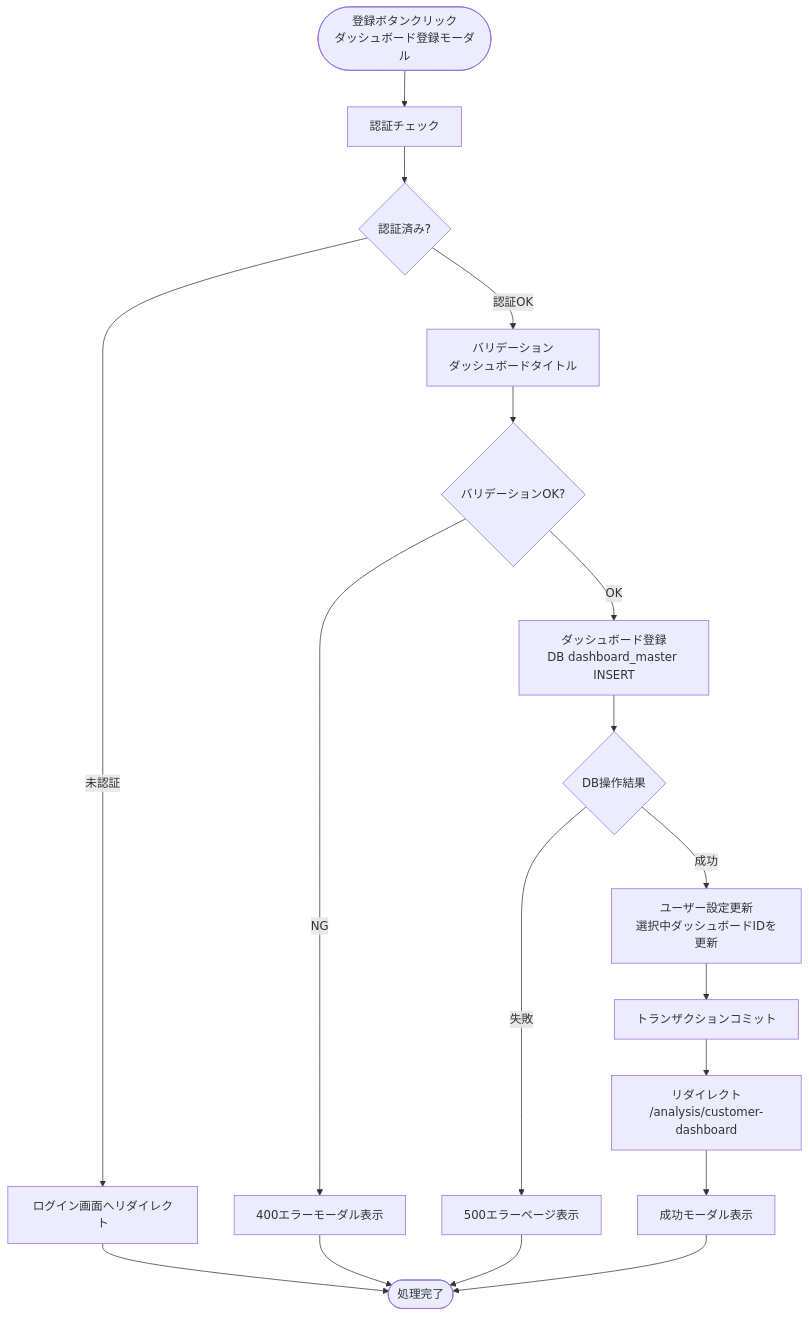
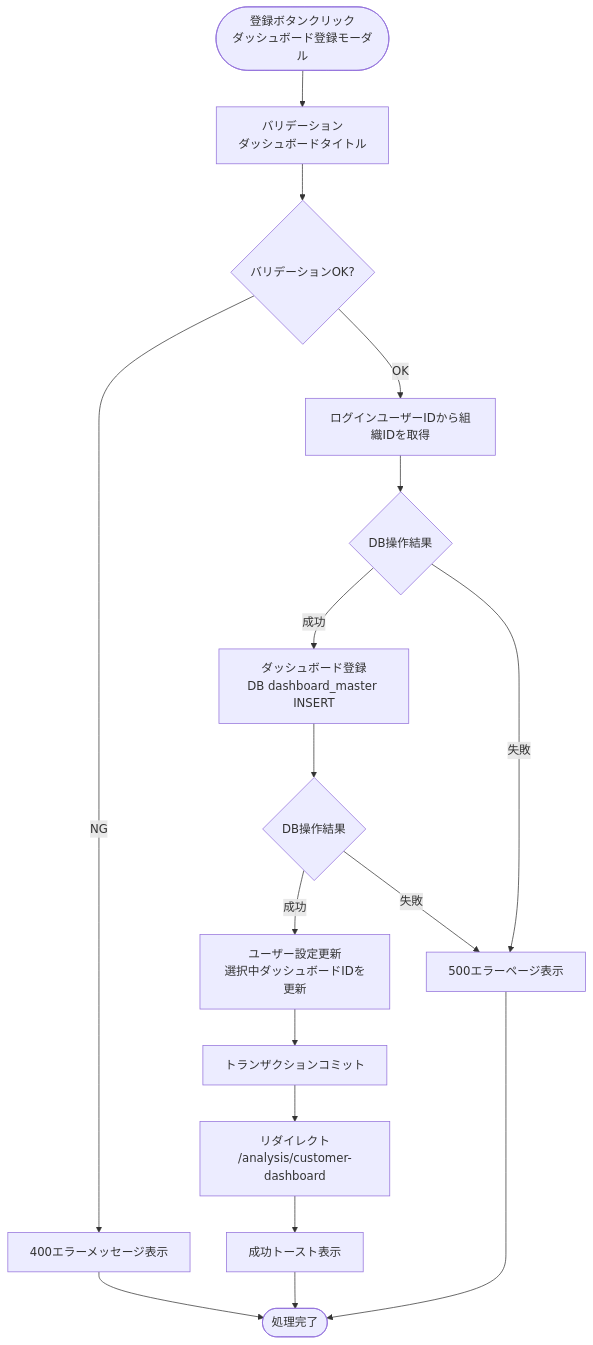
The third of 17 diagrams in docs/03-features/flask-app/customer-dashboard/common/workflow-specification.md (NSW-SVCP-AIWG002/Databricks-IoT), drawn with Mermaid before and after one commit. The commit also changed other lines of this file and 3 other files, not shown here.

````diff
--- a/docs/03-features/flask-app/customer-dashboard/common/workflow-specification.md
+++ b/docs/03-features/flask-app/customer-dashboard/common/workflow-specification.md
@@ -723,24 +931,23 @@
 ```mermaid
 flowchart TD
-    Start([登録ボタンクリック<br>ダッシュボード登録モーダル]) --> Auth[認証チェック]
-    Auth --> CheckAuth{認証済み?}
-    CheckAuth -->|未認証| LoginRedirect[ログイン画面へリダイレクト]
+    Start([登録ボタンクリック<br>ダッシュボード登録モーダル]) --> Validate[バリデーション<br>ダッシュボードタイトル]
+    Validate --> CheckValidate{バリデーションOK?}
+    CheckValidate -->|NG| Error400[400エラーメッセージ表示]
+    CheckValidate -->|OK| OrgIdQuery[ログインユーザーIDから組織IDを取得]
 
-    CheckAuth -->|認証OK| Validate[バリデーション<br>ダッシュボードタイトル]
-    Validate --> CheckValidate{バリデーションOK?}
-    CheckValidate -->|NG| Error400[400エラーモーダル表示]
+    OrgIdQuery --> CheckOrgIdQuery{DB操作結果}
+    CheckOrgIdQuery -->|成功| Insert[ダッシュボード登録<br>DB dashboard_master INSERT]
+    CheckOrgIdQuery -->|失敗| Error500[500エラーページ表示]
 
-    CheckValidate -->|OK| Insert[ダッシュボード登録<br>DB dashboard_master INSERT]
     Insert --> CheckInsert{DB操作結果}
-    CheckInsert -->|失敗| Error500[500エラーページ表示]
     CheckInsert -->|成功| UpdateSetting[ユーザー設定更新<br>選択中ダッシュボードIDを更新]
+    CheckInsert -->|失敗| Error500
     UpdateSetting --> Commit[トランザクションコミット]
 
     Commit --> Redirect[リダイレクト<br>/analysis/customer-dashboard]
-    Redirect --> 200OK[成功モーダル表示]
+    Redirect --> 200OK[成功トースト表示]
 
-    LoginRedirect --> End([処理完了])
-    200OK --> End
+    200OK --> End([処理完了])
     Error400 --> End
     Error500 --> End
 ```
````
